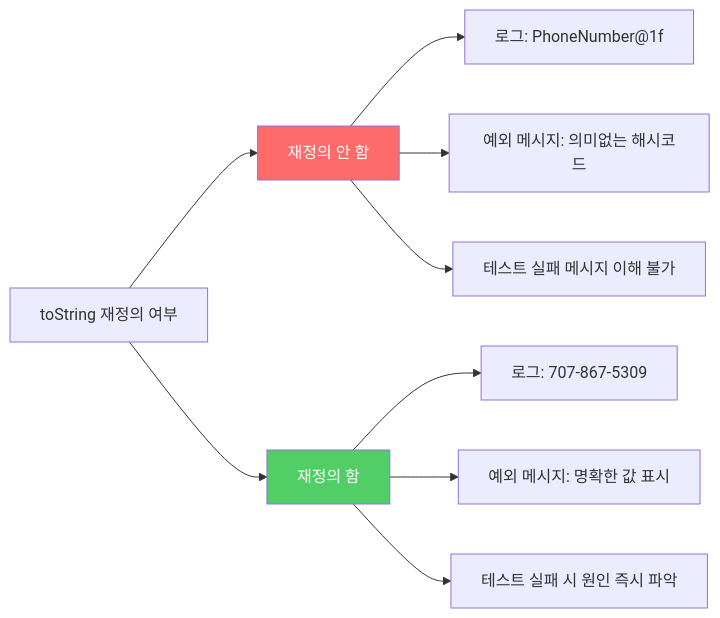
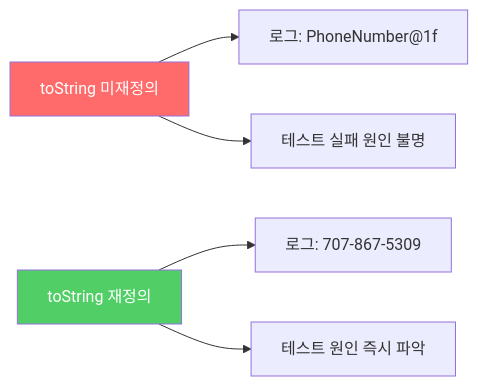
One commit to yjkim2015/yjkim2015.github.io changed the diagram in _posts/java/2021-12-27-effective-java12.md. Above: the diagram before and after it, drawn with Mermaid. The commit also changed 163 other files, not shown here.

First line of the commit message:
Mermaid 300개 블록 내용 축소: 5노드 5엣지 이하, 의미 있는 약어

````diff
--- a/_posts/java/2021-12-27-effective-java12.md
+++ b/_posts/java/2021-12-27-effective-java12.md
@@ -112,13 +112,9 @@
 ```mermaid
 graph LR
-    A["toString 재정의 여부"] --> B["재정의 안 함"]
-    A --> C["재정의 함"]
-    B --> B1["로그: PhoneNumber@1f"]
-    B --> B2["예외 메시지: 의미없는 해시코드"]
-    B --> B3["테스트 실패 메시지 이해 불가"]
-    C --> C1["로그: 707-867-5309"]
-    C --> C2["예외 메시지: 명확한 값 표시"]
-    C --> C3["테스트 실패 시 원인 즉시 파악"]
-    style B fill:#ff6b6b,color:#fff
-    style C fill:#51cf66,color:#fff
+    A["toString 미재정의"] --> B["로그: PhoneNumber@1f"]
+    A --> C["테스트 실패 원인 불명"]
+    D["toString 재정의"] --> E["로그: 707-867-5309"]
+    D --> F["테스트 원인 즉시 파악"]
+    style A fill:#ff6b6b,color:#fff
+    style D fill:#51cf66,color:#fff
 ```
````
